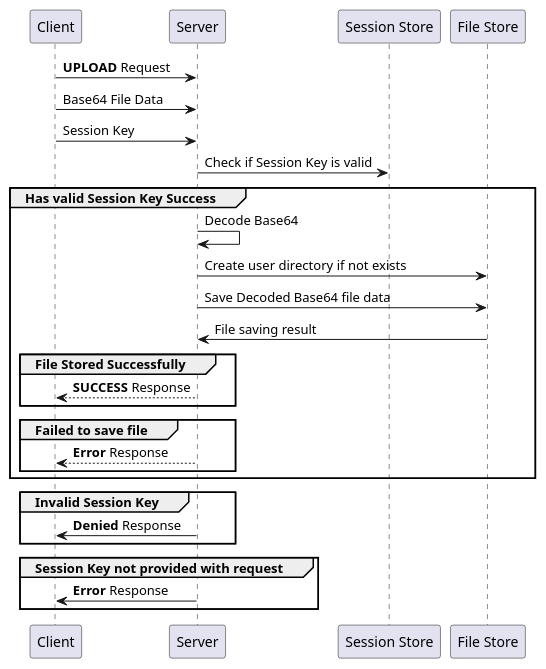
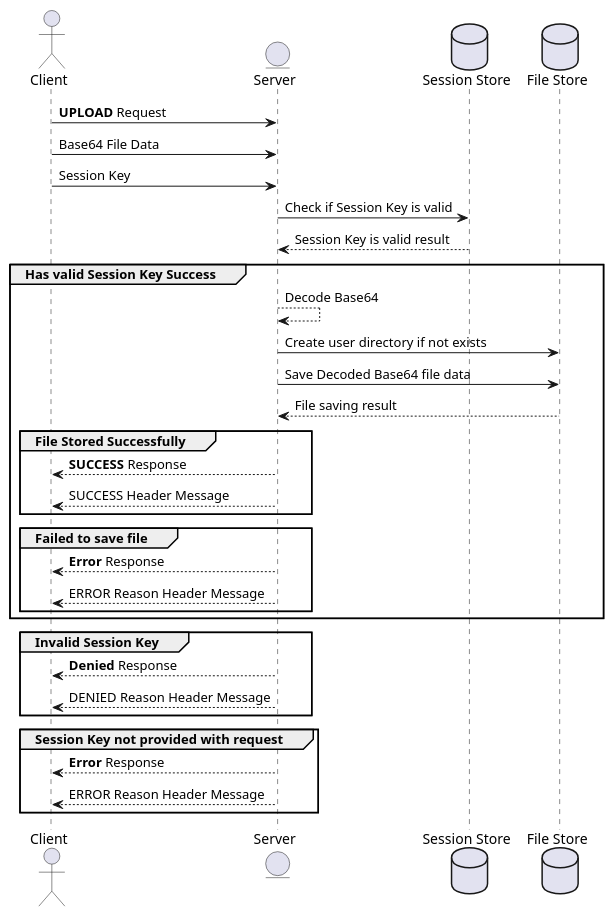
The diagram in diagrams/upload_sequence.puml (mdgriffin/distributed-computing-project), drawn with PlantUML before and after one commit. The commit also changed 4 other files, not shown here.

Commit message:
Improved sequence diagrams, added entities

```diff
--- a/diagrams/upload_sequence.puml
+++ b/diagrams/upload_sequence.puml
@@ -1,30 +1,40 @@
 @startuml
+actor Client
+entity Server
+Database "Session Store"
+Database "File Store"
+
 Client -> Server: **UPLOAD** Request
 Client -> Server: Base64 File Data
 Client -> Server: Session Key
 
 Server -> "Session Store": Check if Session Key is valid
+"Session Store" --> Server: Session Key is valid result
 
 group Has valid Session Key Success
-    Server -> Server: Decode Base64
+    Server --> Server: Decode Base64
     Server -> "File Store": Create user directory if not exists
     Server -> "File Store": Save Decoded Base64 file data
-    "File Store" -> Server: File saving result
+    "File Store" --> Server: File saving result
 
     group File Stored Successfully
         Server --> Client: **SUCCESS** Response
+        Server --> Client: SUCCESS Header Message
     end
 
     group Failed to save file
         Server --> Client: **Error** Response
+        Server --> Client: ERROR Reason Header Message
     end
 end
 
 group Invalid Session Key
-    Server -> Client: **Denied** Response
+    Server --> Client: **Denied** Response
+    Server --> Client: DENIED Reason Header Message
 end
 
 group Session Key not provided with request
-    Server -> Client: **Error** Response
+    Server --> Client: **Error** Response
+    Server --> Client: ERROR Reason Header Message
 end
 @enduml
```
